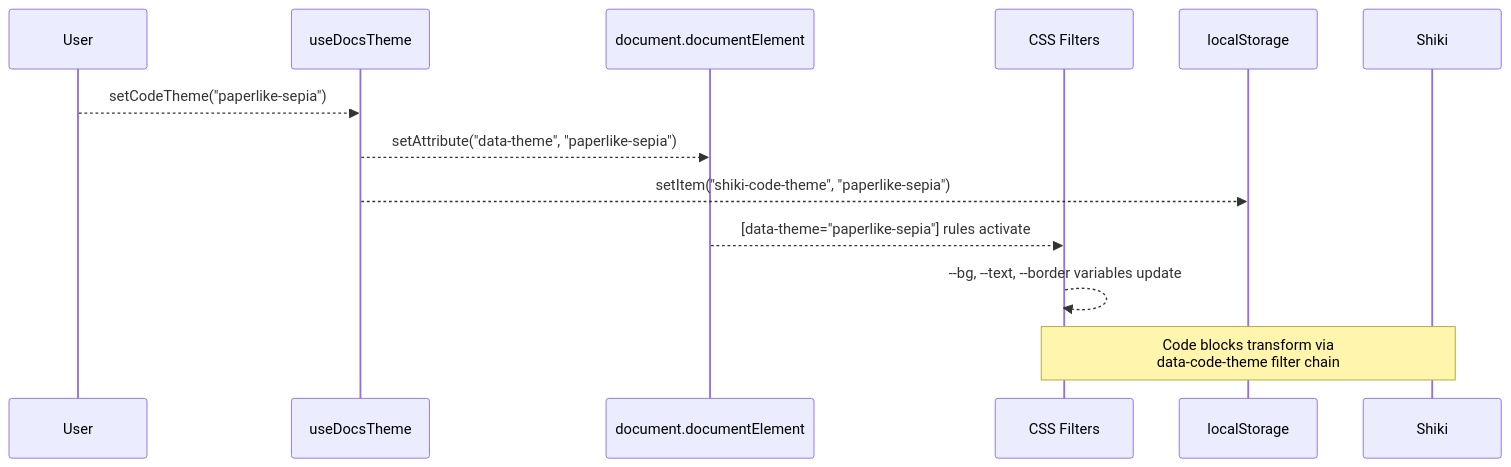
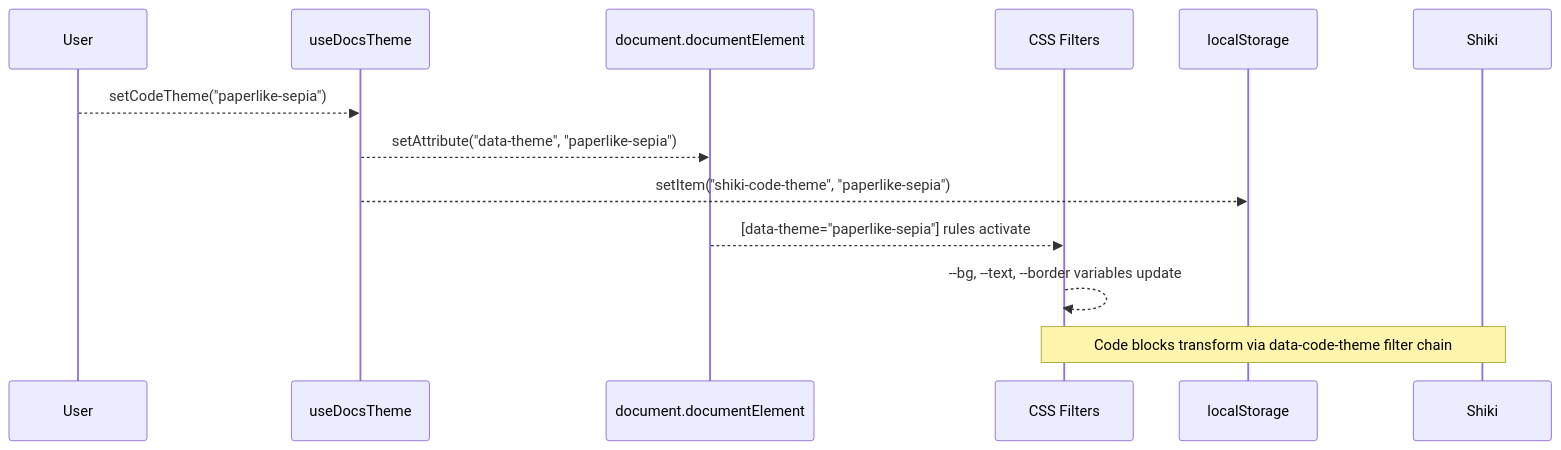
The second of 2 diagrams in docs/03-guides/02-css-theme-architecture.md (naranyala/naravisuals-web), drawn with Mermaid before and after one commit. The commit also changed other lines of this file and 56 other files, not shown here.

````diff
--- a/docs/03-guides/02-css-theme-architecture.md
+++ b/docs/03-guides/02-css-theme-architecture.md
@@ -98,15 +98,15 @@
 ```mermaid:desc=Theme switching sequence diagram
 sequenceDiagram
     participant User
     participant Hook as useDocsTheme
     participant DOM as document.documentElement
     participant CSS as CSS Filters
     participant LS as localStorage
 
     User-->>Hook: setCodeTheme("paperlike-sepia")
     Hook-->>DOM: setAttribute("data-theme", "paperlike-sepia")
     Hook-->>LS: setItem("shiki-code-theme", "paperlike-sepia")
     DOM-->>CSS: [data-theme="paperlike-sepia"] rules activate
     CSS-->>CSS: --bg, --text, --border variables update
-    Note over CSS,Shiki: Code blocks transform via<br/>data-code-theme filter chain
+    Note over CSS,Shiki: Code blocks transform via data-code-theme filter chain
 ```
````
